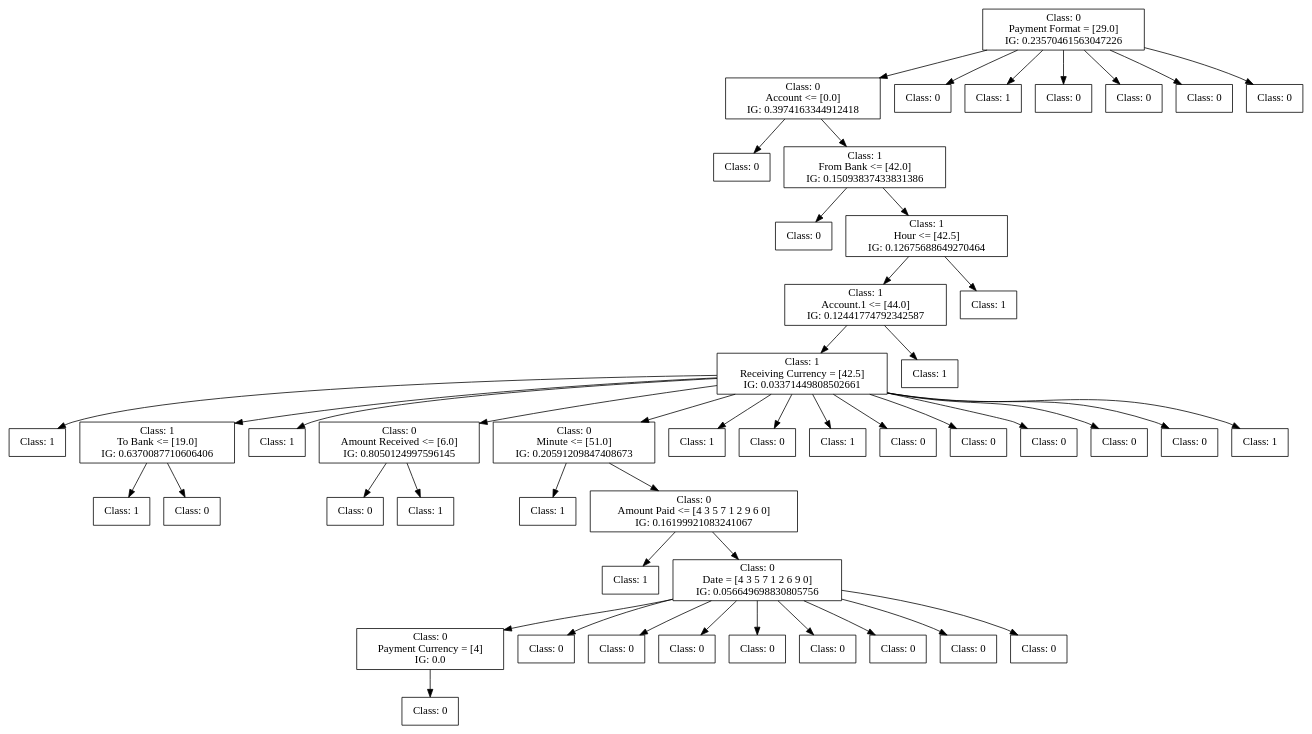
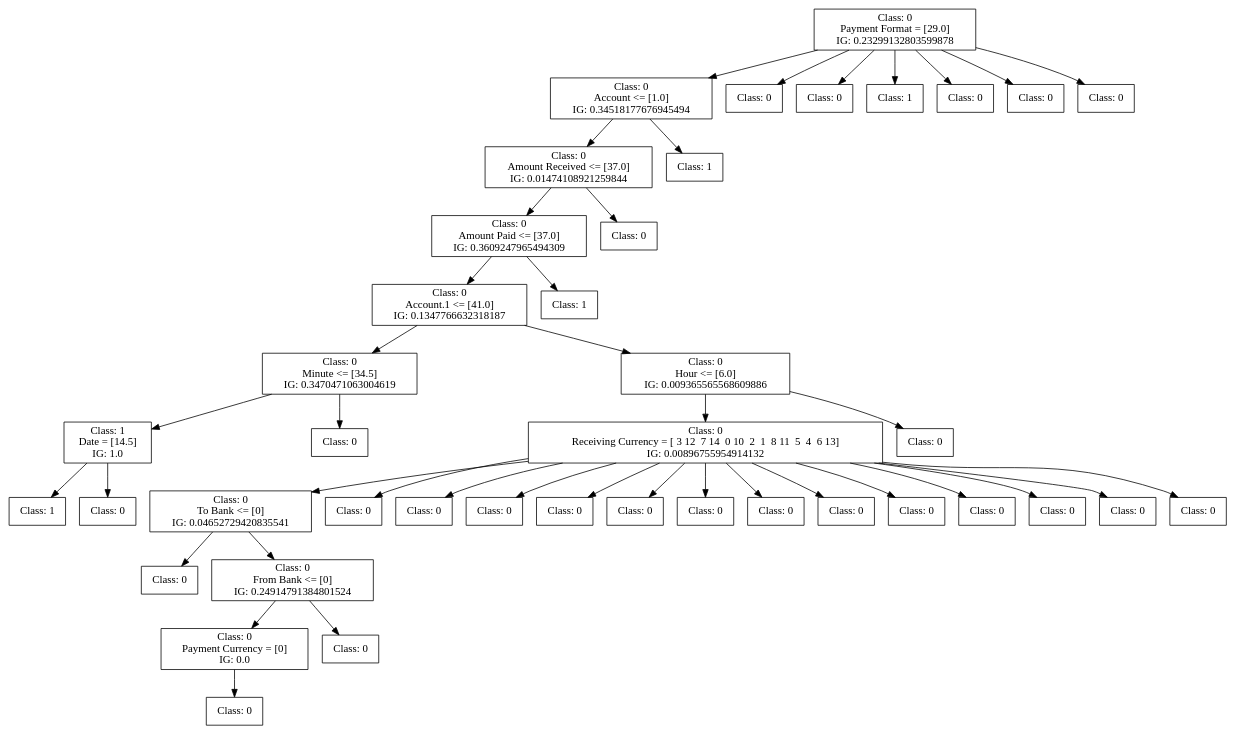
Before and after one commit to FedericoBruzzone/anti-money-laundering: the diagram in dot_figs/tree-c45-undersampling.dot, drawn with Graphviz. The commit also changed 35 other files, not shown here.

```diff
--- a/dot_figs/tree-c45-undersampling.dot
+++ b/dot_figs/tree-c45-undersampling.dot
@@ -1,159 +1,138 @@
 digraph DecisionTree {
 	rankdir=TD;
 	node [shape=box];
-	2509816995056 [label="Class: 0
+	2604055688624 [label="Class: 0
 Payment Format = [29.0]
-IG: 0.23570461563047226"];
-	2509932849920 [label="Class: 0
-Account <= [0.0]
-IG: 0.3974163344912418"];
-	2509816995056 -> 2509932849920;
-	2509728976128 [label="Class: 0
+IG: 0.23299132803599878"];
+	2604055723552 [label="Class: 0
+Account <= [1.0]
+IG: 0.34518177676945494"];
+	2604055688624 -> 2604055723552;
+	2604055723840 [label="Class: 0
+Amount Received <= [37.0]
+IG: 0.01474108921259844"];
+	2604055723552 -> 2604055723840;
+	2604055719952 [label="Class: 0
+Amount Paid <= [37.0]
+IG: 0.3609247965494309"];
+	2604055723840 -> 2604055719952;
+	2604055717072 [label="Class: 0
+Account.1 <= [41.0]
+IG: 0.1347766632318187"];
+	2604055719952 -> 2604055717072;
+	2604055722400 [label="Class: 0
+Minute <= [34.5]
+IG: 0.3470471063004619"];
+	2604055717072 -> 2604055722400;
+	2604055719136 [label="Class: 1
+Date = [14.5]
+IG: 1.0"];
+	2604055722400 -> 2604055719136;
+	2604055721104 [label="Class: 1
 "];
-	2509932849920 -> 2509728976128;
-	2509728976560 [label="Class: 1
-From Bank <= [42.0]
-IG: 0.15093837433831386"];
-	2509932849920 -> 2509728976560;
-	2509728984288 [label="Class: 0
+	2604055719136 -> 2604055721104;
+	2604055723264 [label="Class: 0
 "];
-	2509728976560 -> 2509728984288;
-	2509728984480 [label="Class: 1
-Hour <= [42.5]
-IG: 0.12675688649270464"];
-	2509728976560 -> 2509728984480;
-	2509728746032 [label="Class: 1
-Account.1 <= [44.0]
-IG: 0.12441774792342587"];
-	2509728984480 -> 2509728746032;
-	2509728753472 [label="Class: 1
-Receiving Currency = [42.5]
-IG: 0.03371449808502661"];
-	2509728746032 -> 2509728753472;
-	2509728758512 [label="Class: 1
+	2604055719136 -> 2604055723264;
+	2604055718608 [label="Class: 0
 "];
-	2509728753472 -> 2509728758512;
-	2509728755920 [label="Class: 1
-To Bank <= [19.0]
-IG: 0.6370087710606406"];
-	2509728753472 -> 2509728755920;
-	2509728732048 [label="Class: 1
+	2604055722400 -> 2604055718608;
+	2604055722016 [label="Class: 0
+Hour <= [6.0]
+IG: 0.009365565568609886"];
+	2604055717072 -> 2604055722016;
+	2604055722544 [label="Class: 0
+Receiving Currency = [ 3 12  7 14  0 10  2  1  8 11  5  4  6 13]
+IG: 0.00896755954914132"];
+	2604055722016 -> 2604055722544;
+	2604055718032 [label="Class: 0
+To Bank <= [0]
+IG: 0.04652729420835541"];
+	2604055722544 -> 2604055718032;
+	2604055716832 [label="Class: 0
 "];
-	2509728755920 -> 2509728732048;
-	2509728732480 [label="Class: 0
+	2604055718032 -> 2604055716832;
+	2604003772304 [label="Class: 0
+From Bank <= [0]
+IG: 0.24914791384801524"];
+	2604055718032 -> 2604003772304;
+	2604003772592 [label="Class: 0
+Payment Currency = [0]
+IG: 0.0"];
+	2604003772304 -> 2604003772592;
+	2604003770960 [label="Class: 0
 "];
-	2509728755920 -> 2509728732480;
-	2509728756832 [label="Class: 1
+	2604003772592 -> 2604003770960;
+	2604003773024 [label="Class: 0
 "];
-	2509728753472 -> 2509728756832;
-	2509728759760 [label="Class: 0
-Amount Received <= [6.0]
-IG: 0.8050124997596145"];
-	2509728753472 -> 2509728759760;
-	2509728734400 [label="Class: 0
+	2604003772304 -> 2604003773024;
+	2604055716688 [label="Class: 0
 "];
-	2509728759760 -> 2509728734400;
-	2509728734832 [label="Class: 1
+	2604055722544 -> 2604055716688;
+	2604055720144 [label="Class: 0
 "];
-	2509728759760 -> 2509728734832;
-	2509728759664 [label="Class: 0
-Minute <= [51.0]
-IG: 0.20591209847408673"];
-	2509728753472 -> 2509728759664;
-	2509728737136 [label="Class: 1
+	2604055722544 -> 2604055720144;
+	2604055721440 [label="Class: 0
 "];
-	2509728759664 -> 2509728737136;
-	2509728737568 [label="Class: 0
-Amount Paid <= [4 3 5 7 1 2 9 6 0]
-IG: 0.16199921083241067"];
-	2509728759664 -> 2509728737568;
-	2509728739632 [label="Class: 1
+	2604055722544 -> 2604055721440;
+	2604055718320 [label="Class: 0
 "];
-	2509728737568 -> 2509728739632;
-	2509728740064 [label="Class: 0
-Date = [4 3 5 7 1 2 6 9 0]
-IG: 0.056649698830805756"];
-	2509728737568 -> 2509728740064;
-	2509728741936 [label="Class: 0
-Payment Currency = [4]
-IG: 0.0"];
-	2509728740064 -> 2509728741936;
-	2509728740352 [label="Class: 0
+	2604055722544 -> 2604055718320;
+	2604055718944 [label="Class: 0
 "];
-	2509728741936 -> 2509728740352;
-	2509728741840 [label="Class: 0
+	2604055722544 -> 2604055718944;
+	2604055722640 [label="Class: 0
 "];
-	2509728740064 -> 2509728741840;
-	2509728741600 [label="Class: 0
+	2604055722544 -> 2604055722640;
+	2604055717744 [label="Class: 0
 "];
-	2509728740064 -> 2509728741600;
-	2509728740400 [label="Class: 0
+	2604055722544 -> 2604055717744;
+	2604003771008 [label="Class: 0
 "];
-	2509728740064 -> 2509728740400;
-	2509728741744 [label="Class: 0
+	2604055722544 -> 2604003771008;
+	2604003771344 [label="Class: 0
 "];
-	2509728740064 -> 2509728741744;
-	2509728734352 [label="Class: 0
+	2604055722544 -> 2604003771344;
+	2604003771584 [label="Class: 0
 "];
-	2509728740064 -> 2509728734352;
-	2509728734304 [label="Class: 0
+	2604055722544 -> 2604003771584;
+	2604003770864 [label="Class: 0
 "];
-	2509728740064 -> 2509728734304;
-	2509728742128 [label="Class: 0
+	2604055722544 -> 2604003770864;
+	2604003771872 [label="Class: 0
 "];
-	2509728740064 -> 2509728742128;
-	2509728742080 [label="Class: 0
+	2604055722544 -> 2604003771872;
+	2604003771104 [label="Class: 0
 "];
-	2509728740064 -> 2509728742080;
-	2509728759616 [label="Class: 1
+	2604055722544 -> 2604003771104;
+	2604055719760 [label="Class: 0
 "];
-	2509728753472 -> 2509728759616;
-	2509728757600 [label="Class: 0
+	2604055722016 -> 2604055719760;
+	2604055720864 [label="Class: 1
 "];
-	2509728753472 -> 2509728757600;
-	2509728757552 [label="Class: 1
+	2604055719952 -> 2604055720864;
+	2604055717552 [label="Class: 0
 "];
-	2509728753472 -> 2509728757552;
-	2509728728064 [label="Class: 0
+	2604055723840 -> 2604055717552;
+	2604055723984 [label="Class: 1
 "];
-	2509728753472 -> 2509728728064;
-	2509728728688 [label="Class: 0
+	2604055723552 -> 2604055723984;
+	2604055723888 [label="Class: 0
 "];
-	2509728753472 -> 2509728728688;
-	2509728728880 [label="Class: 0
+	2604055688624 -> 2604055723888;
+	2604055717600 [label="Class: 0
 "];
-	2509728753472 -> 2509728728880;
-	2509728729024 [label="Class: 0
+	2604055688624 -> 2604055717600;
+	2604055718656 [label="Class: 1
 "];
-	2509728753472 -> 2509728729024;
-	2509728729168 [label="Class: 0
+	2604055688624 -> 2604055718656;
+	2604055723120 [label="Class: 0
 "];
-	2509728753472 -> 2509728729168;
-	2509728729312 [label="Class: 1
+	2604055688624 -> 2604055723120;
+	2604055722352 [label="Class: 0
 "];
-	2509728753472 -> 2509728729312;
-	2509728753904 [label="Class: 1
+	2604055688624 -> 2604055722352;
+	2604055722304 [label="Class: 0
 "];
-	2509728746032 -> 2509728753904;
-	2509728746464 [label="Class: 1
-"];
-	2509728984480 -> 2509728746464;
-	2509932848624 [label="Class: 0
-"];
-	2509816995056 -> 2509932848624;
-	2509932846080 [label="Class: 1
-"];
-	2509816995056 -> 2509932846080;
-	2509932849584 [label="Class: 0
-"];
-	2509816995056 -> 2509932849584;
-	2509932845456 [label="Class: 0
-"];
-	2509816995056 -> 2509932845456;
-	2509932845408 [label="Class: 0
-"];
-	2509816995056 -> 2509932845408;
-	2509932850352 [label="Class: 0
-"];
-	2509816995056 -> 2509932850352;
+	2604055688624 -> 2604055722304;
 }
```
